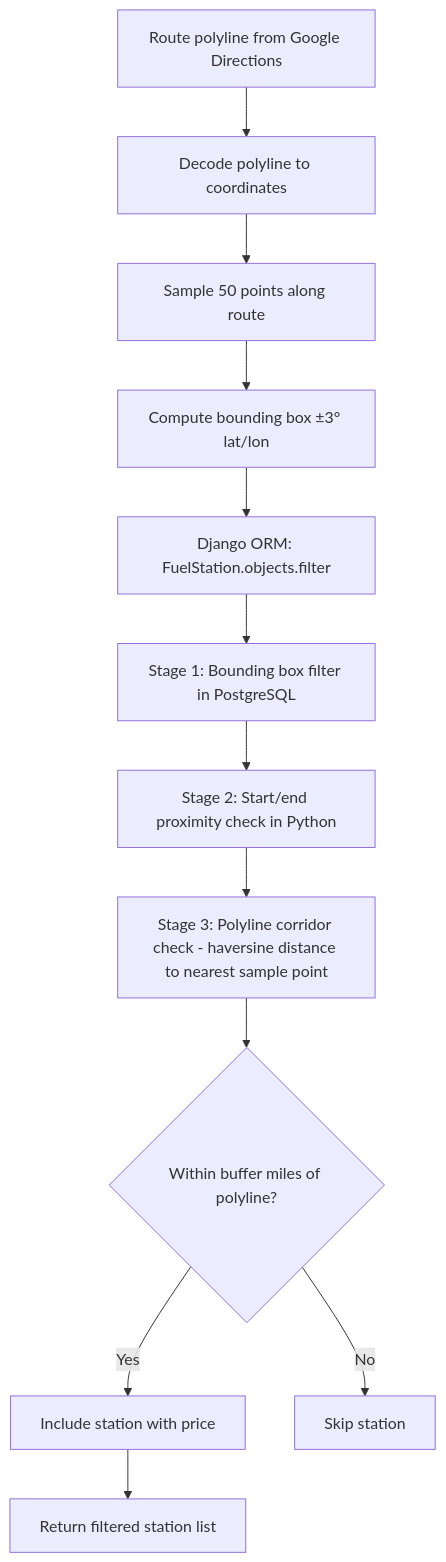
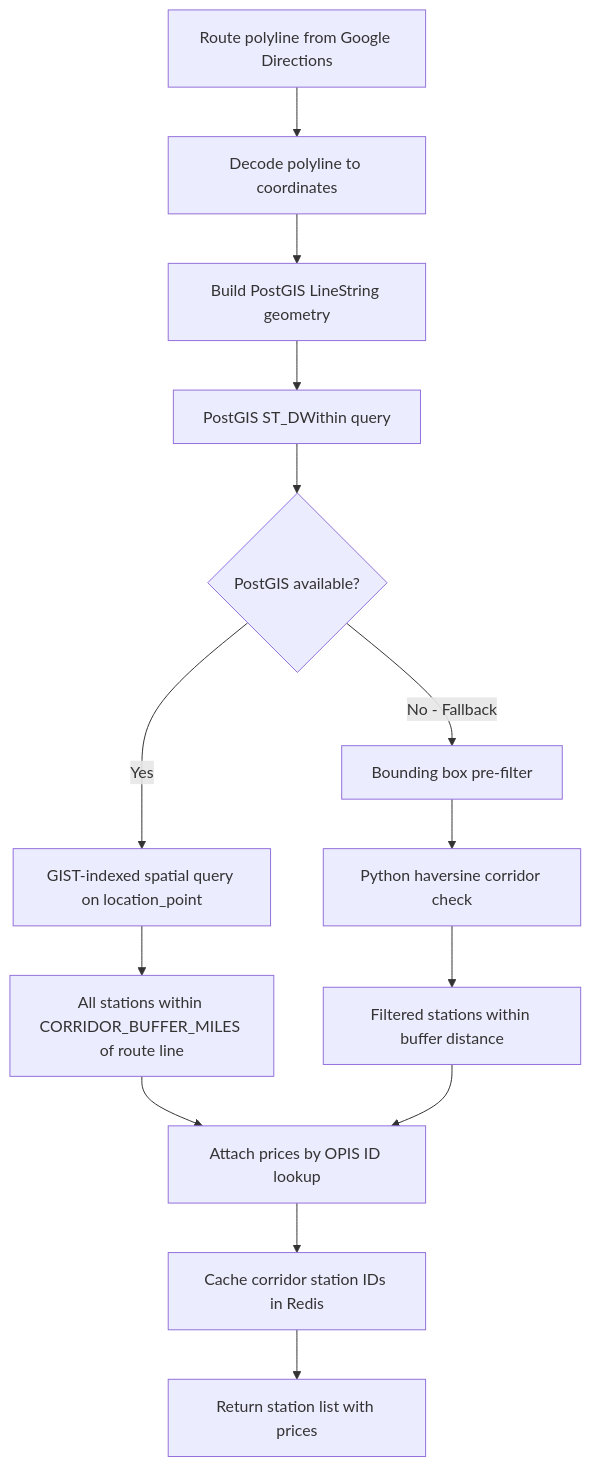
Before and after one commit to iamraghs/fuel-route-optimization-api: the sixth of 7 diagrams in README.md, drawn with Mermaid. The commit also changed other lines of this file and 11 other files, not shown here.

Commit message:
Refactor fuel routing architecture and optimize caching

````diff
--- a/README.md
+++ b/README.md
@@ -323,14 +325,16 @@
 ```mermaid
 flowchart TD
     A[Route polyline from Google Directions] --> B[Decode polyline to coordinates]
-    B --> C[Sample 50 points along route]
-    C --> D[Compute bounding box ±3° lat/lon]
-    D --> E[Django ORM: FuelStation.objects.filter]
-    E --> F[Stage 1: Bounding box filter in PostgreSQL]
-    F --> G[Stage 2: Start/end proximity check in Python]
-    G --> H[Stage 3: Polyline corridor check - haversine distance to nearest sample point]
-    H --> I{Within buffer miles of polyline?}
-    I -->|Yes| J[Include station with price]
-    I -->|No| K[Skip station]
-    J --> L[Return filtered station list]
+    B --> C[Build PostGIS LineString geometry]
+    C --> D[PostGIS ST_DWithin query]
+    D --> E{PostGIS available?}
+    E -->|Yes| F[GIST-indexed spatial query on location_point]
+    F --> G[All stations within CORRIDOR_BUFFER_MILES of route line]
+    E -->|No - Fallback| H[Bounding box pre-filter]
+    H --> I[Python haversine corridor check]
+    I --> J[Filtered stations within buffer distance]
+    G --> K[Attach prices by OPIS ID lookup]
+    J --> K
+    K --> L[Cache corridor station IDs in Redis]
+    L --> M[Return station list with prices]
 ```
````
